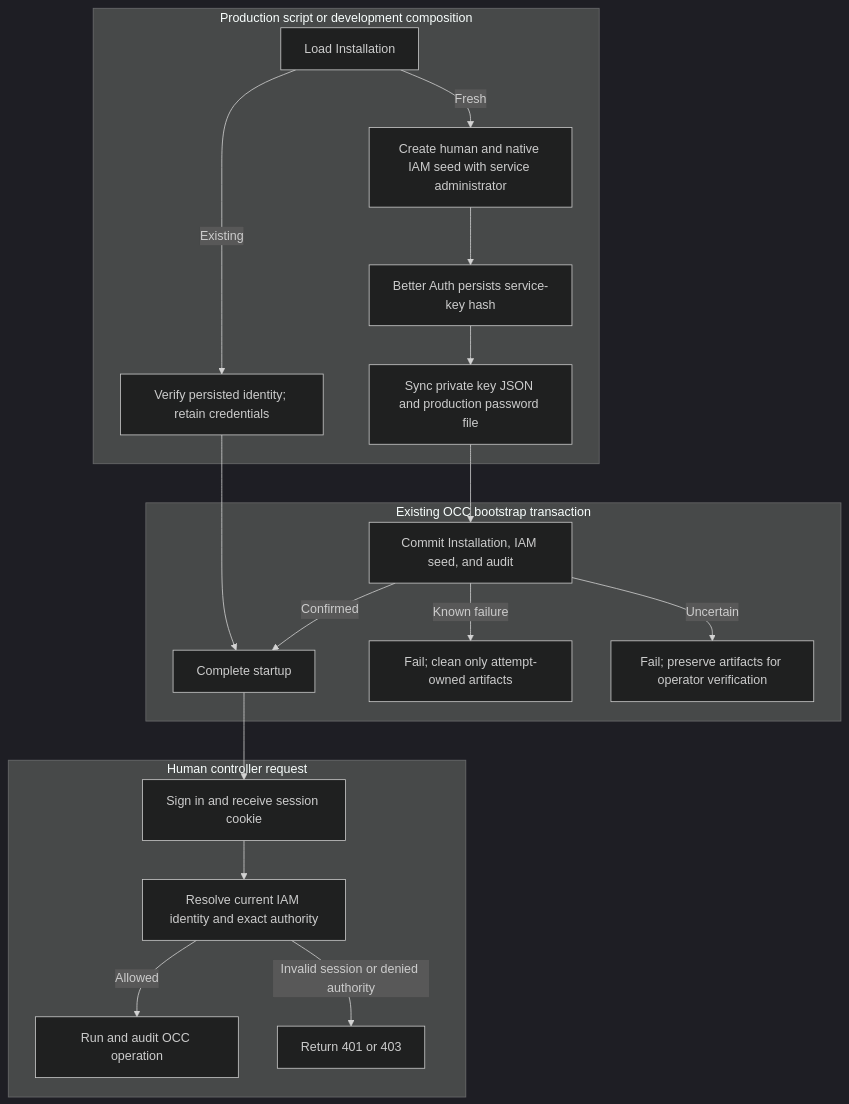
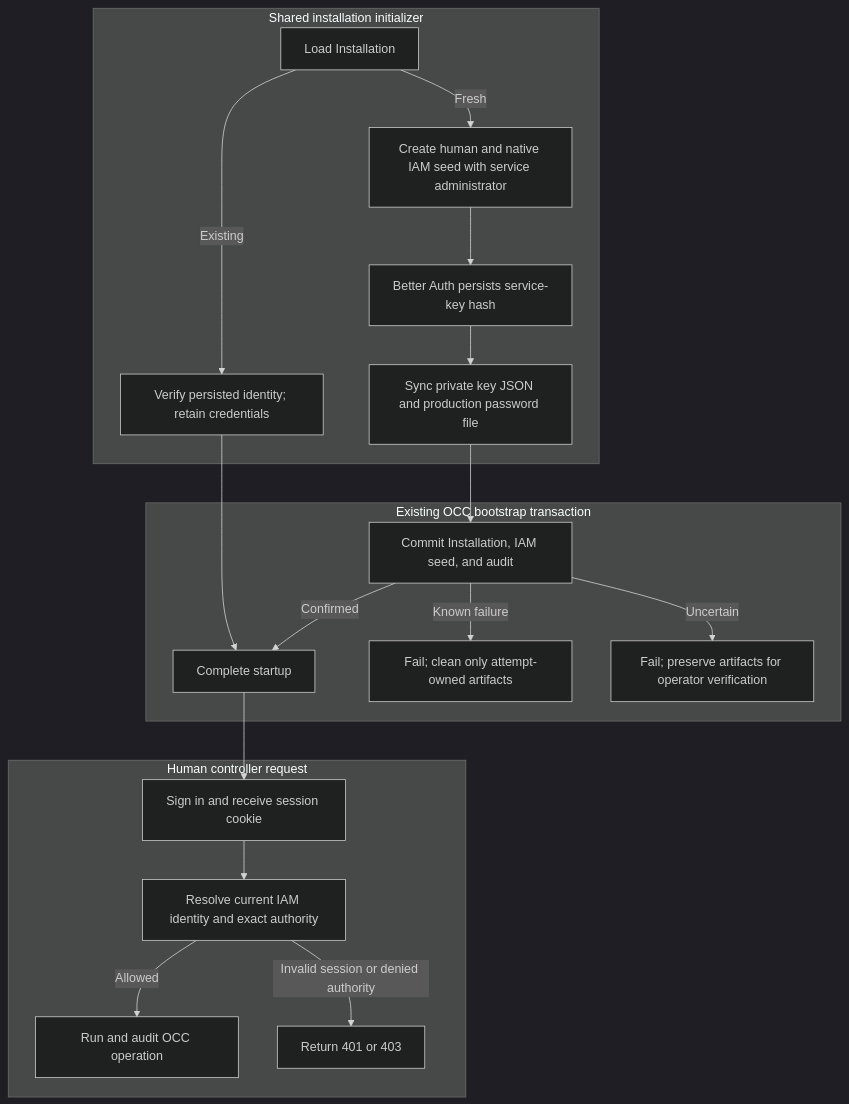
Before and after one commit to IsaiahStapleton/openclaw-enterprise: the diagram in docs/flows/local-password-authentication.md, drawn with Mermaid (dark theme). The commit also changed other lines of this file and 41 other files, not shown here.

Commit message:
refactor: share installation bootstrap across startup modes

````diff
--- a/docs/flows/local-password-authentication.md
+++ b/docs/flows/local-password-authentication.md
@@ -33,22 +34,22 @@
 ```mermaid
 graph TD
-  subgraph Bootstrap["Production script or development composition"]
+  subgraph Bootstrap["Shared installation initializer"]
     A["Load Installation"] -->|Existing| B["Verify persisted identity; retain credentials"]
     A -->|Fresh| C["Create human and native IAM seed with service administrator"]
     C --> D["Better Auth persists service-key hash"]
     D --> E["Sync private key JSON and production password file"]
   end
   subgraph Commit["Existing OCC bootstrap transaction"]
     E --> F["Commit Installation, IAM seed, and audit"]
     F -->|Confirmed| G["Complete startup"]
     F -->|Known failure| H["Fail; clean only attempt-owned artifacts"]
     F -->|Uncertain| I["Fail; preserve artifacts for operator verification"]
     B --> G
   end
   subgraph Request["Human controller request"]
     G --> J["Sign in and receive session cookie"]
     J --> K["Resolve current IAM identity and exact authority"]
     K -->|Allowed| L["Run and audit OCC operation"]
     K -->|Invalid session or denied authority| M["Return 401 or 403"]
   end
 ```
````
